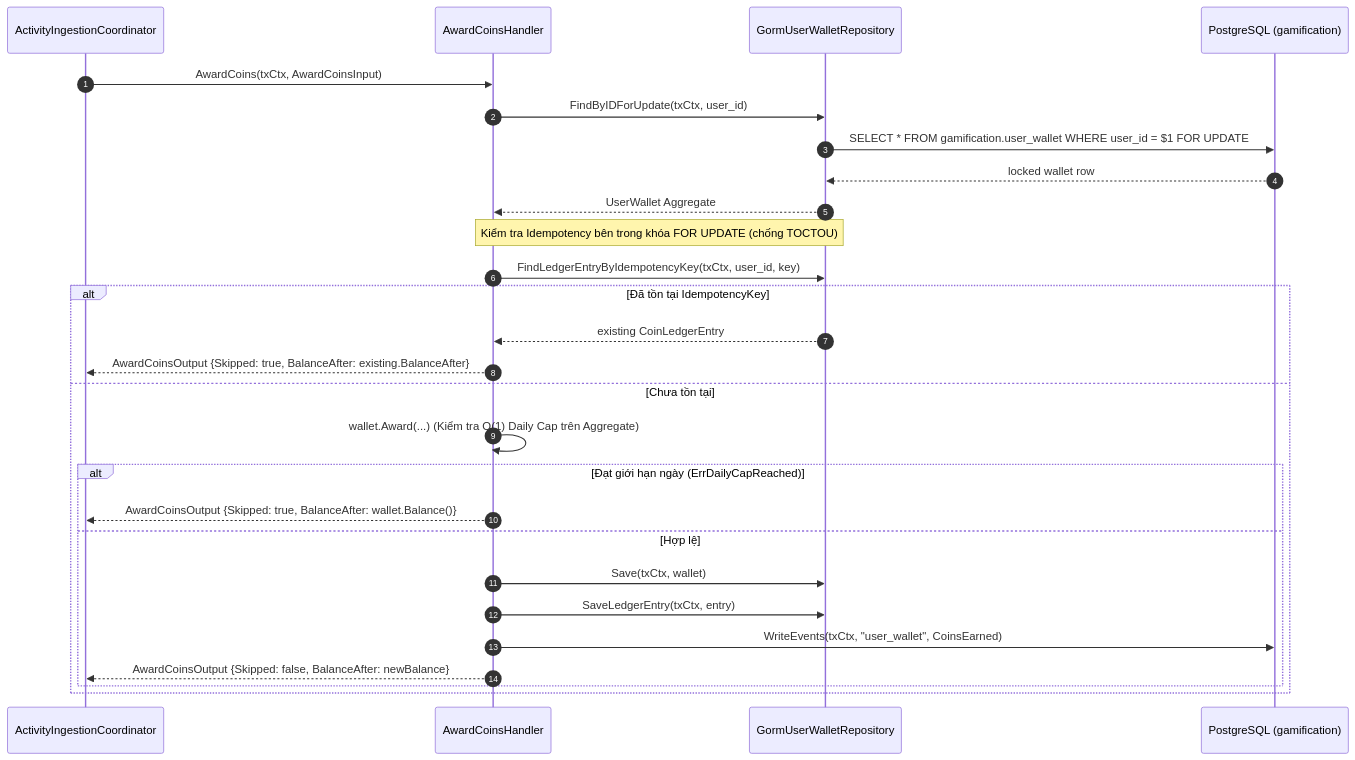
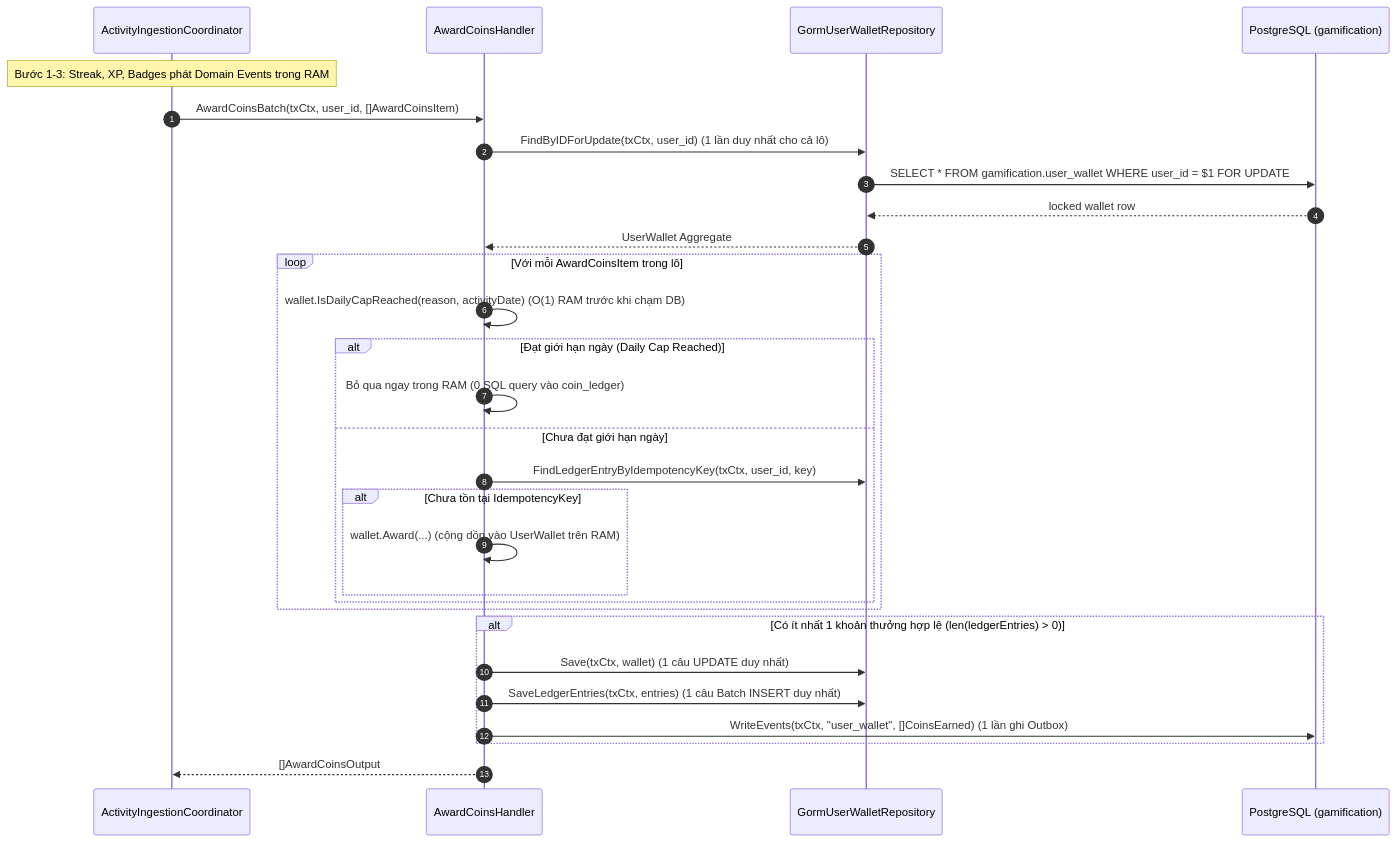
The third of 4 diagrams in internal/gamification/docs/features/fitcoins-and-ledger/02-design.md (viethung213/gym-companion), drawn with Mermaid before and after one commit. The commit also changed other lines of this file and 40 other files, not shown here.

````diff
--- a/internal/gamification/docs/features/fitcoins-and-ledger/02-design.md
+++ b/internal/gamification/docs/features/fitcoins-and-ledger/02-design.md
@@ -140,31 +140,34 @@
 ```mermaid
 sequenceDiagram
     autonumber
     participant Coord as ActivityIngestionCoordinator
     participant Handler as AwardCoinsHandler
     participant Repo as GormUserWalletRepository
     participant DB as PostgreSQL (gamification)
 
-    Coord->>Handler: AwardCoins(txCtx, AwardCoinsInput)
-    Handler->>Repo: FindByIDForUpdate(txCtx, user_id)
+    Note over Coord: Bước 1-3: Streak, XP, Badges phát Domain Events trong RAM
+    Coord->>Handler: AwardCoinsBatch(txCtx, user_id, []AwardCoinsItem)
+    Handler->>Repo: FindByIDForUpdate(txCtx, user_id) (1 lần duy nhất cho cả lô)
     Repo->>DB: SELECT * FROM gamification.user_wallet WHERE user_id = $1 FOR UPDATE
     DB-->>Repo: locked wallet row
     Repo-->>Handler: UserWallet Aggregate
 
-    Note over Handler,Repo: Kiểm tra Idempotency bên trong khóa FOR UPDATE (chống TOCTOU)
-    Handler->>Repo: FindLedgerEntryByIdempotencyKey(txCtx, user_id, key)
-    alt Đã tồn tại IdempotencyKey
-        Repo-->>Handler: existing CoinLedgerEntry
-        Handler-->>Coord: AwardCoinsOutput {Skipped: true, BalanceAfter: existing.BalanceAfter}
-    else Chưa tồn tại
-        Handler->>Handler: wallet.Award(...) (Kiểm tra O(1) Daily Cap trên Aggregate)
-        alt Đạt giới hạn ngày (ErrDailyCapReached)
-            Handler-->>Coord: AwardCoinsOutput {Skipped: true, BalanceAfter: wallet.Balance()}
-        else Hợp lệ
-            Handler->>Repo: Save(txCtx, wallet)
-            Handler->>Repo: SaveLedgerEntry(txCtx, entry)
-            Handler->>DB: WriteEvents(txCtx, "user_wallet", CoinsEarned)
-            Handler-->>Coord: AwardCoinsOutput {Skipped: false, BalanceAfter: newBalance}
+    loop Với mỗi AwardCoinsItem trong lô
+        Handler->>Handler: wallet.IsDailyCapReached(reason, activityDate) (O(1) RAM trước khi chạm DB)
+        alt Đạt giới hạn ngày (Daily Cap Reached)
+            Handler->>Handler: Bỏ qua ngay trong RAM (0 SQL query vào coin_ledger)
+        else Chưa đạt giới hạn ngày
+            Handler->>Repo: FindLedgerEntryByIdempotencyKey(txCtx, user_id, key)
+            alt Chưa tồn tại IdempotencyKey
+                Handler->>Handler: wallet.Award(...) (cộng dồn vào UserWallet trên RAM)
+            end
         end
     end
+
+    alt Có ít nhất 1 khoản thưởng hợp lệ (len(ledgerEntries) > 0)
+        Handler->>Repo: Save(txCtx, wallet) (1 câu UPDATE duy nhất)
+        Handler->>Repo: SaveLedgerEntries(txCtx, entries) (1 câu Batch INSERT duy nhất)
+        Handler->>DB: WriteEvents(txCtx, "user_wallet", []CoinsEarned) (1 lần ghi Outbox)
+    end
+    Handler-->>Coord: []AwardCoinsOutput
 ```
````
